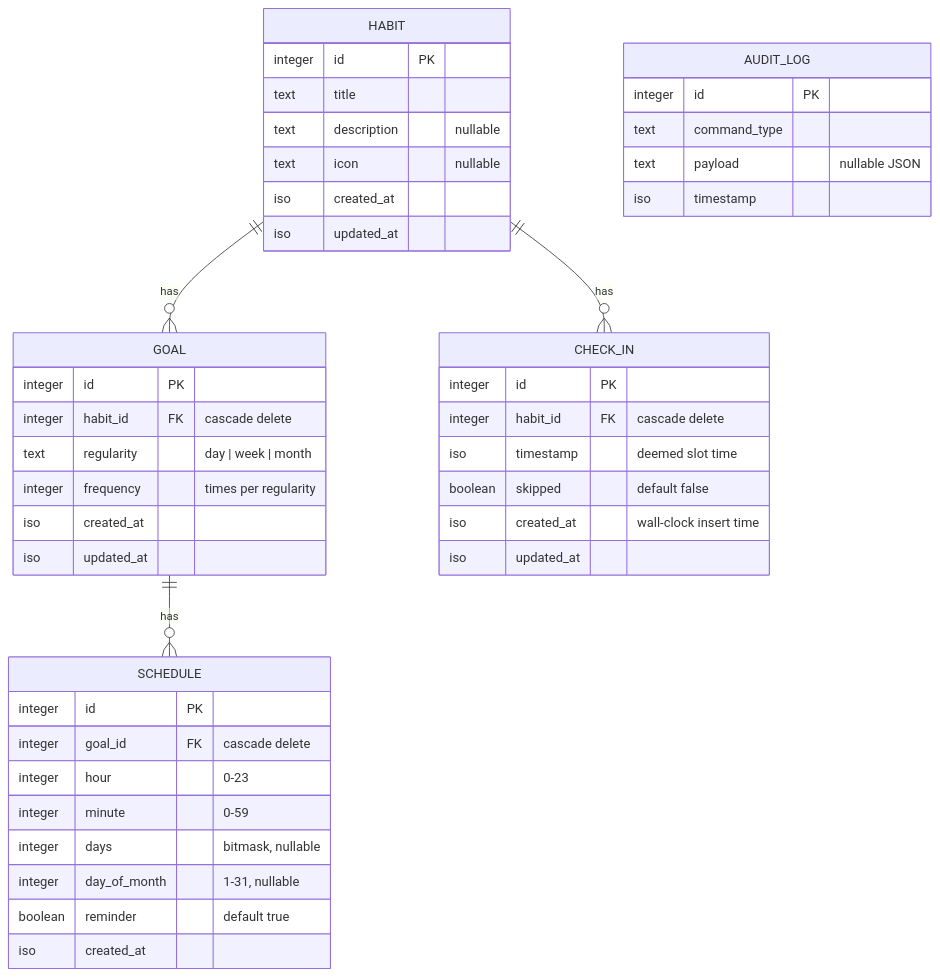
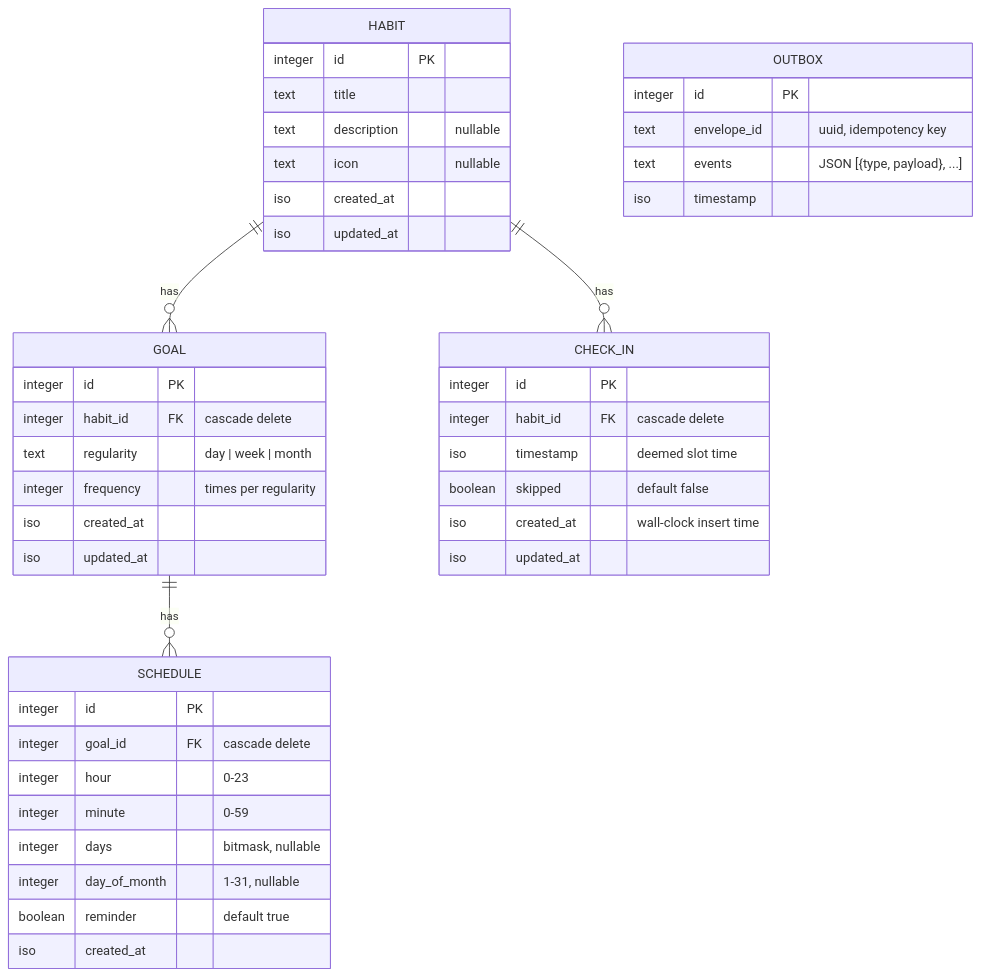
One commit to auctionready/nag changed the diagram in docs/Model.md. Above: the diagram before and after it, drawn with Mermaid. The commit also changed other lines of this file and 55 other files, not shown here.

First line of the commit message:
core+backend: write-side switch to /events with WriteEventEnvelope

````diff
--- a/docs/Model.md
+++ b/docs/Model.md
@@ -13,51 +13,51 @@
 ```mermaid
 erDiagram
     HABIT ||--o{ GOAL       : "has"
     HABIT ||--o{ CHECK_IN   : "has"
     GOAL  ||--o{ SCHEDULE   : "has"
 
     HABIT {
         integer id PK
         text    title
         text    description "nullable"
         text    icon        "nullable"
         iso     created_at
         iso     updated_at
     }
 
     GOAL {
         integer id PK
         integer habit_id   FK "cascade delete"
         text    regularity "day | week | month"
         integer frequency  "times per regularity"
         iso     created_at
         iso     updated_at
     }
 
     CHECK_IN {
         integer id PK
         integer habit_id  FK "cascade delete"
         iso     timestamp  "deemed slot time"
         boolean skipped    "default false"
         iso     created_at "wall-clock insert time"
         iso     updated_at
     }
 
     SCHEDULE {
         integer id PK
         integer goal_id      FK "cascade delete"
         integer hour         "0-23"
         integer minute       "0-59"
         integer days         "bitmask, nullable"
         integer day_of_month "1-31, nullable"
         boolean reminder     "default true"
         iso     created_at
     }
 
-    AUDIT_LOG {
+    OUTBOX {
         integer id PK
-        text    command_type
-        text    payload   "nullable JSON"
+        text    envelope_id "uuid, idempotency key"
+        text    events      "JSON [{type, payload}, ...]"
         iso     timestamp
     }
 ```
````
